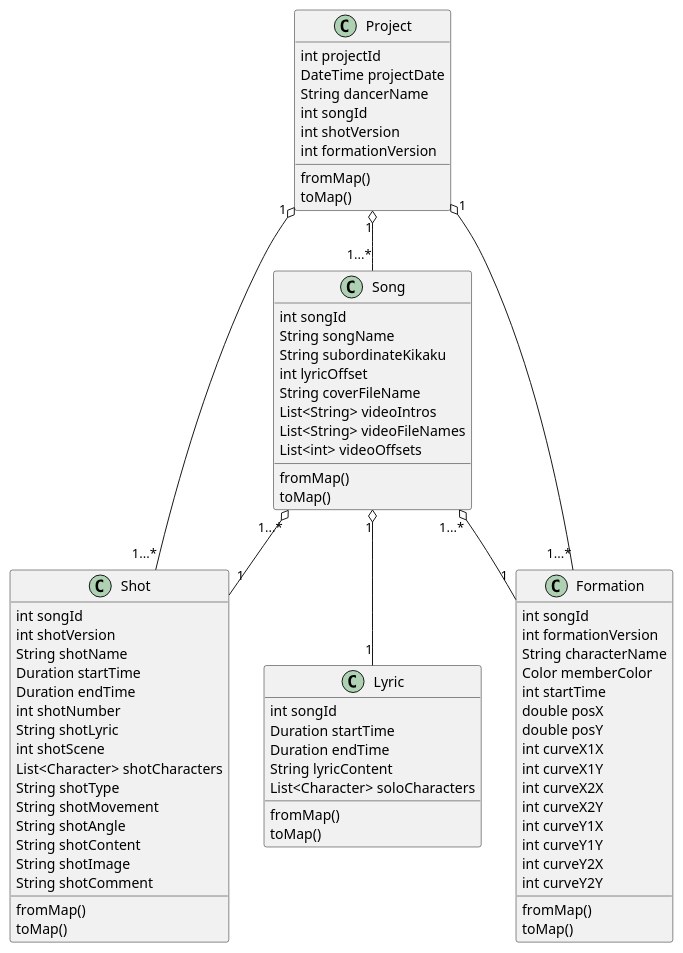
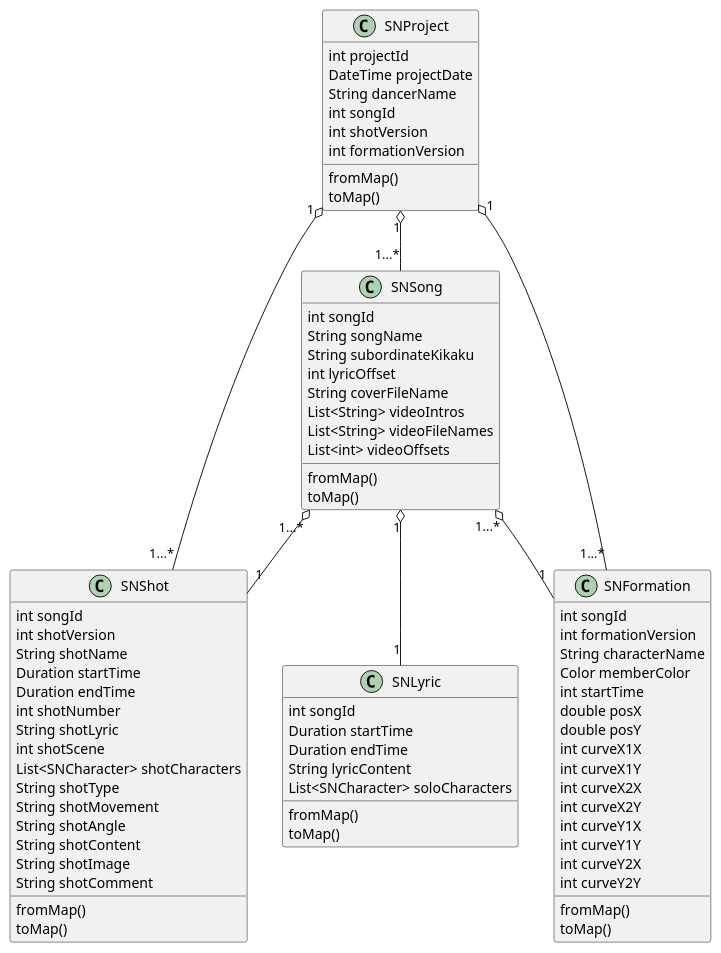
One commit to amamiseiya/shonichi_Flutter changed the diagram in flutter_module/documents/class.wsd. Above: the diagram before and after it, drawn with PlantUML. The commit also changed 75 other files, not shown here.

```diff
--- a/flutter_module/documents/class.wsd
+++ b/flutter_module/documents/class.wsd
@@ -1,85 +1,85 @@
 @startuml Class
 
 
-Song "1" o-- "1" Lyric
-Song "1...*" o-- "1" Shot
-Song "1...*" o-- "1" Formation
-Project "1" o-- "1...*" Song
-Project "1" o-- "1...*" Shot
-Project "1" o-- "1...*" Formation
+SNSong "1" o-- "1" SNLyric
+SNSong "1...*" o-- "1" SNShot
+SNSong "1...*" o-- "1" SNFormation
+SNProject "1" o-- "1...*" SNSong
+SNProject "1" o-- "1...*" SNShot
+SNProject "1" o-- "1...*" SNFormation
 
-class Project {
+class SNProject {
     int projectId
     DateTime projectDate
     String dancerName
     int songId
     int shotVersion
     int formationVersion
     fromMap()
     toMap()
 }
 
-class Song {
+class SNSong {
     int songId
     String songName
     String subordinateKikaku
     int lyricOffset
     String coverFileName
     List<String> videoIntros
     List<String> videoFileNames
     List<int> videoOffsets
     fromMap()
     toMap()
 }
 
-class Shot {
+class SNShot {
     int songId
     int shotVersion
     String shotName
     Duration startTime
     Duration endTime
     int shotNumber
     String shotLyric
     int shotScene
-    List<Character> shotCharacters
+    List<SNCharacter> shotCharacters
     String shotType
     String shotMovement
     String shotAngle
     String shotContent
     String shotImage
     String shotComment
     fromMap()
     toMap()
 }
 
-class Lyric {
+class SNLyric {
     int songId
     Duration startTime
     Duration endTime
     String lyricContent
-    List<Character> soloCharacters
+    List<SNCharacter> soloCharacters
     fromMap()
     toMap()
 }
 
-class Formation {
+class SNFormation {
     int songId
     int formationVersion
     String characterName
     Color memberColor
     int startTime
     double posX
     double posY
     int curveX1X
     int curveX1Y
     int curveX2X
     int curveX2Y
     int curveY1X
     int curveY1Y
     int curveY2X
     int curveY2Y
     fromMap()
     toMap()
 }
 
 @enduml
```
